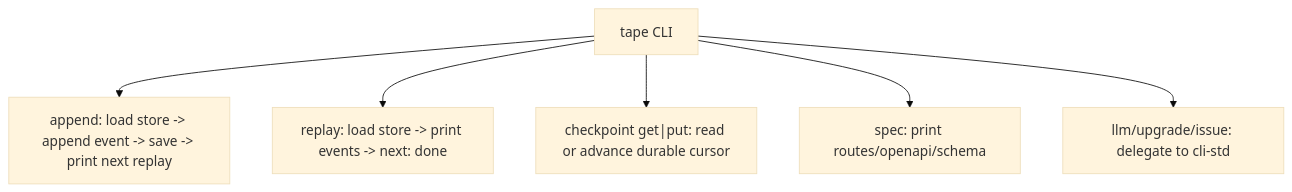
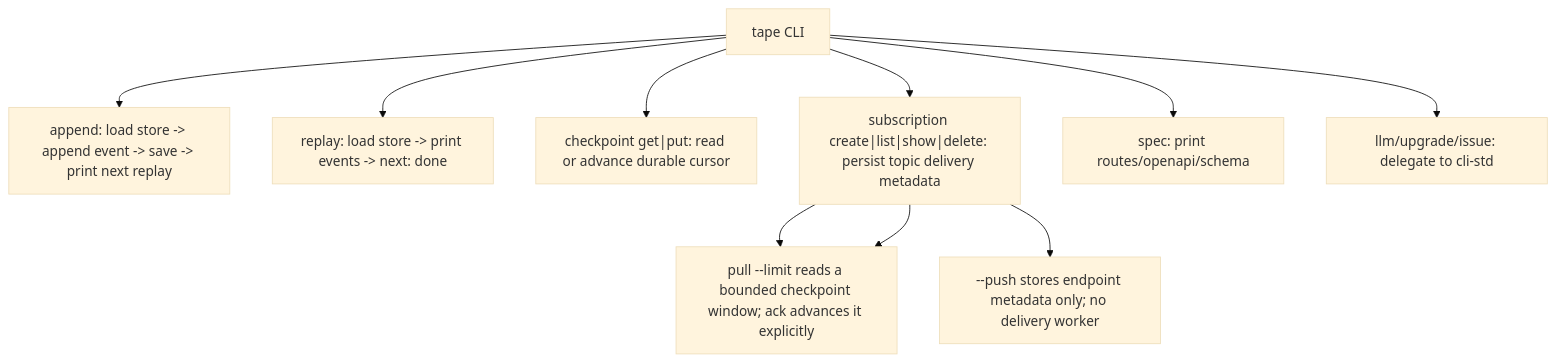
The first of 2 diagrams in apps/tape/tech-design/semantic/source/apps-tape-src-bin-tape-rs.md (chrischeng-c4/axiom), drawn with Mermaid (base theme) before and after one commit. The commit also changed other lines of this file and 340 other files, not shown here.

````diff
--- a/apps/tape/tech-design/semantic/source/apps-tape-src-bin-tape-rs.md
+++ b/apps/tape/tech-design/semantic/source/apps-tape-src-bin-tape-rs.md
@@ -46,11 +52,15 @@
 ```mermaid
 ---
 id: tape-td-flow
 ---
 flowchart TD
     cli["tape CLI"] --> append["append: load store -> append event -> save -> print next replay"]
     cli --> replay["replay: load store -> print events -> next: done"]
     cli --> checkpoint["checkpoint get|put: read or advance durable cursor"]
+    cli --> subscription["subscription create|list|show|delete: persist topic delivery metadata"]
+    subscription --> pull["--pull uses the subscription name as the existing checkpoint identity"]
+    subscription --> push["--push stores endpoint metadata only; no delivery worker"]
+    subscription --> pull["pull --limit reads a bounded checkpoint window; ack advances it explicitly"]
     cli --> spec["spec: print routes/openapi/schema"]
     cli --> std["llm/upgrade/issue: delegate to cli-std"]
 ```
````
